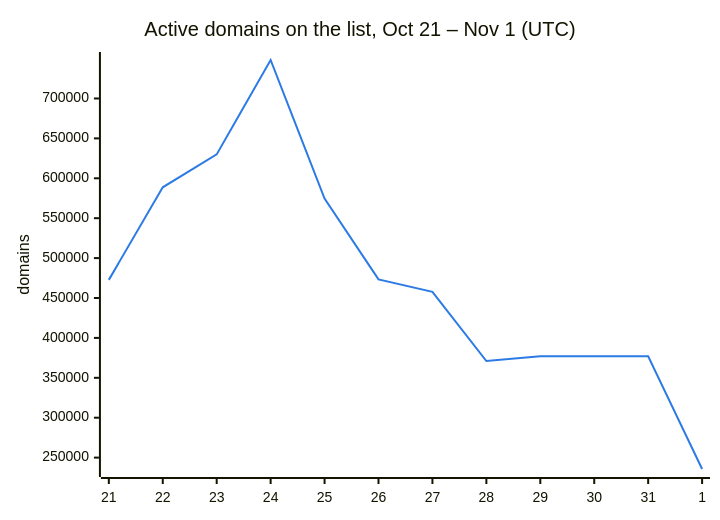
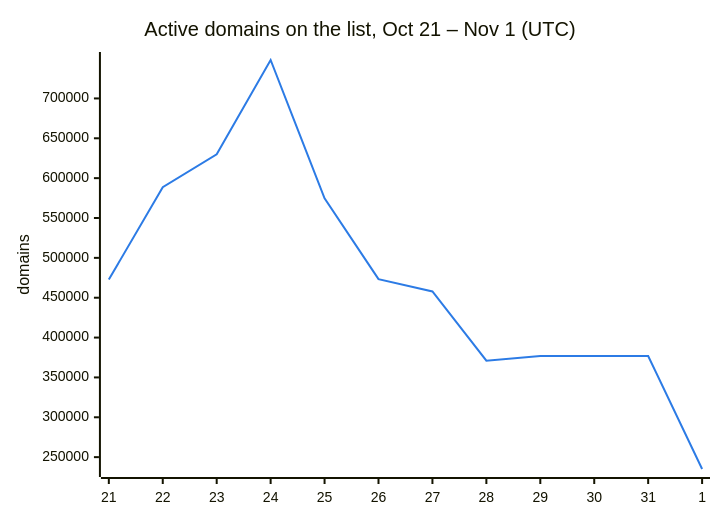
One commit to DNSBunker/CTI changed the second of 3 diagrams in README.md. Above: the diagram before and after it, drawn with Mermaid. The commit also changed other lines of this file and 3 other files, not shown here.

````diff
--- a/README.md
+++ b/README.md
@@ -38,8 +38,8 @@
 ```mermaid
 %%{init: {"themeVariables": {"xyChart": {"plotColorPalette": "#2c7be5"}}}}%%
 xychart-beta
     title "Active domains on the list, Oct 21 – Nov 1 (UTC)"
     x-axis ["21", "22", "23", "24", "25", "26", "27", "28", "29", "30", "31", "1"]
     y-axis "domains"
-    line [472713, 588659, 629951, 748222, 574614, 473331, 457795, 371010, 376945, 376945, 376945, 235730]
+    line [472713, 588659, 629951, 748222, 574614, 473331, 457795, 371010, 376945, 376945, 376945, 235118]
 ```
````
